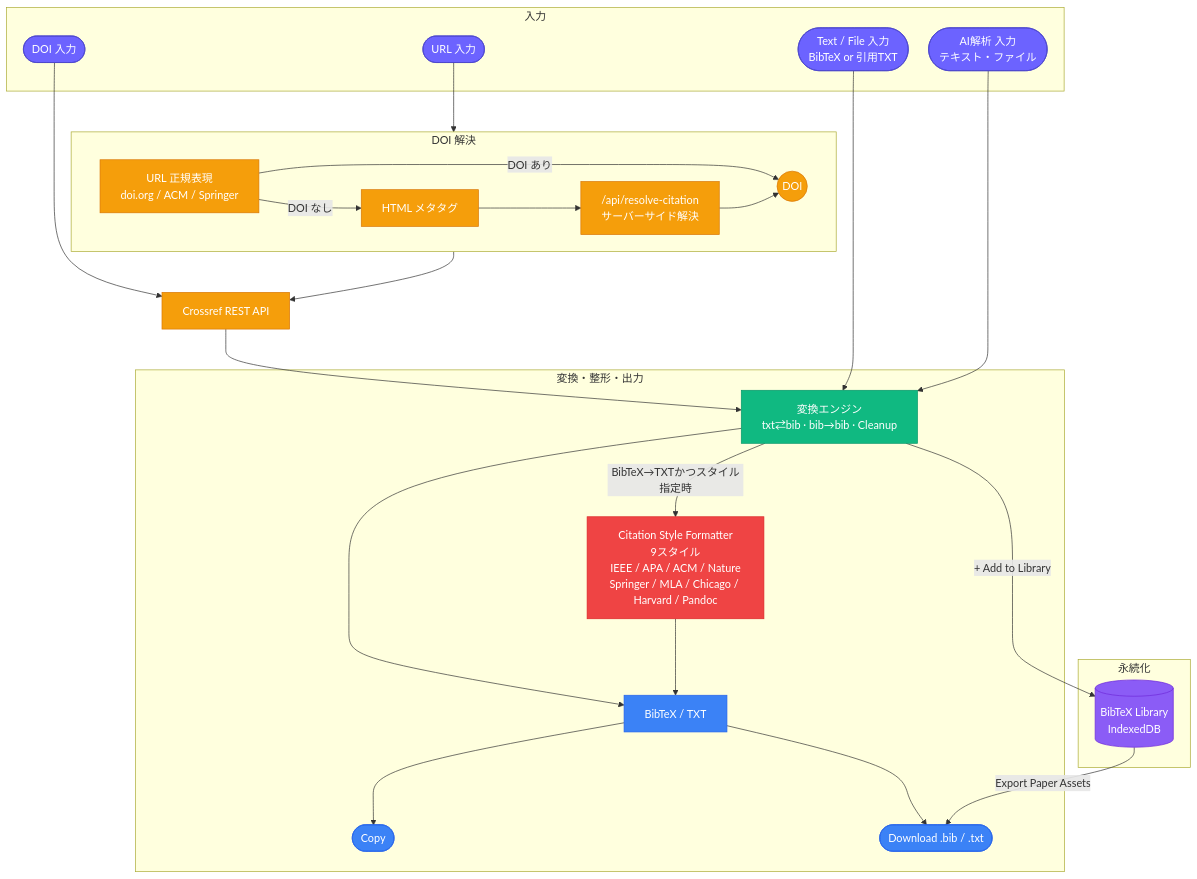
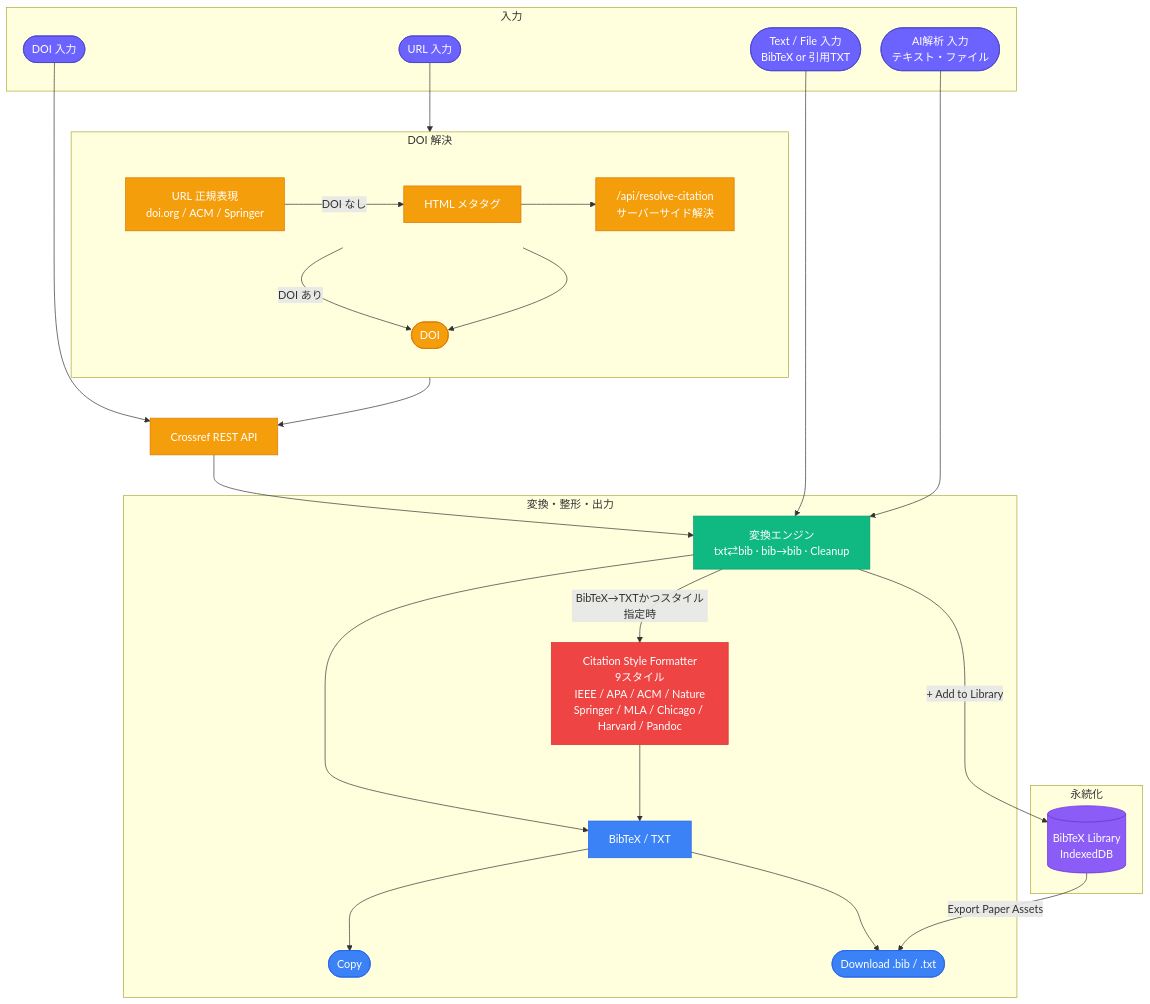
Before and after one commit to Axe0320/latex-research-toolkit: the first of 3 diagrams in docs/architecture/citation.md, drawn with Mermaid.

Commit message:
docs(architecture): give the DOI junction node its own row
Splitting RESOLVE into an invisible layout-only row (RX/META/PROXY)
plus a second tier for the DOI node lets it render as a normal-size
stadium shape instead of a cramped circle squeezed into the same row
as the three larger API boxes.

````diff
--- a/docs/architecture/citation.md
+++ b/docs/architecture/citation.md
@@ -15,56 +15,60 @@
 ```mermaid
 %%{init: {'flowchart': {'nodeSpacing': 30, 'rankSpacing': 60}}}%%
 flowchart TD
     classDef input  fill:#6C63FF,color:#fff,stroke:#4a44cc
     classDef api    fill:#F59E0B,color:#fff,stroke:#D97706
     classDef parse  fill:#10B981,color:#fff,stroke:#059669
     classDef format fill:#EF4444,color:#fff,stroke:#DC2626
     classDef out    fill:#3B82F6,color:#fff,stroke:#2563EB
     classDef store  fill:#8B5CF6,color:#fff,stroke:#6D28D9
 
     subgraph INPUTS["入力"]
         U(["URL 入力"]):::input
         D(["DOI 入力"]):::input
         T(["Text / File 入力<br/>BibTeX or 引用TXT"]):::input
         AI(["AI解析 入力<br/>テキスト・ファイル"]):::input
     end
 
     subgraph RESOLVE["DOI 解決"]
-        direction LR
-        RX["URL 正規表現<br/>doi.org / ACM / Springer"]:::api
-        META[HTML メタタグ]:::api
-        PROXY["/api/resolve-citation<br/>サーバーサイド解決"]:::api
-        DOI(("DOI")):::api
-        RX -->|"DOI なし"| META --> PROXY
+        direction TD
+        subgraph RESOLVE_ROW1[" "]
+            direction LR
+            RX["URL 正規表現<br/>doi.org / ACM / Springer"]:::api
+            META[HTML メタタグ]:::api
+            PROXY["/api/resolve-citation<br/>サーバーサイド解決"]:::api
+            RX -->|"DOI なし"| META --> PROXY
+        end
+        DOI(["DOI"]):::api
         RX -->|"DOI あり"| DOI
         PROXY --> DOI
     end
+    style RESOLVE_ROW1 fill:transparent,stroke:transparent
 
     CR[Crossref REST API]:::api
 
     subgraph PROC["変換・整形・出力"]
         CV["変換エンジン<br/>txt⇄bib · bib→bib · Cleanup"]:::parse
         SF["Citation Style Formatter<br/>9スタイル<br/>IEEE / APA / ACM / Nature<br/>Springer / MLA / Chicago / Harvard / Pandoc"]:::format
         OP[BibTeX / TXT]:::out
         CP([Copy]):::out
         DL([Download .bib / .txt]):::out
         CV -->|"BibTeX→TXTかつスタイル指定時"| SF
         CV --> OP
         SF --> OP
         OP --> CP
         OP --> DL
     end
 
     subgraph STORE["永続化"]
         LIB[("BibTeX Library<br/>IndexedDB")]:::store
     end
 
     U --> RX
     D --> CR
     DOI --> CR
     CR --> CV
     T --> CV
     AI --> CV
     CV -->|"+ Add to Library"| LIB
     LIB -->|"Export Paper Assets"| DL
 ```
````
